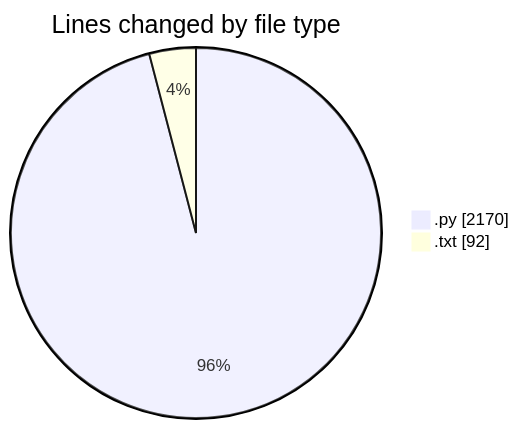
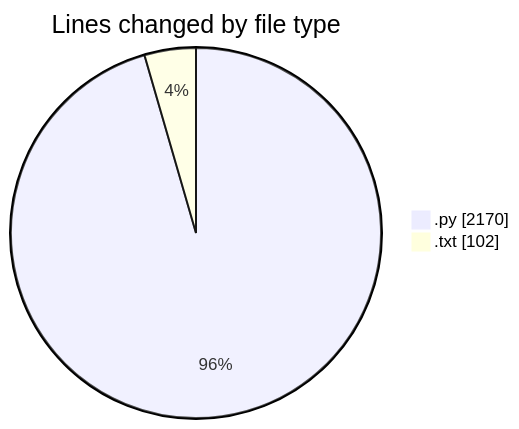
One commit to Ritupan-Deka/code-tracking changed the first of 2 diagrams in 2025-05-26/zip_file/README.md. Above: the diagram before and after it, drawn with Mermaid. The commit also changed other lines of this file and 1 other file, not shown here.

````diff
--- a/2025-05-26/zip_file/README.md
+++ b/2025-05-26/zip_file/README.md
@@ -27,6 +27,6 @@
 ```mermaid
 pie showData
 title Lines changed by file type
 ".py" : 2170
-".txt" : 92
+".txt" : 102
 ```
````
